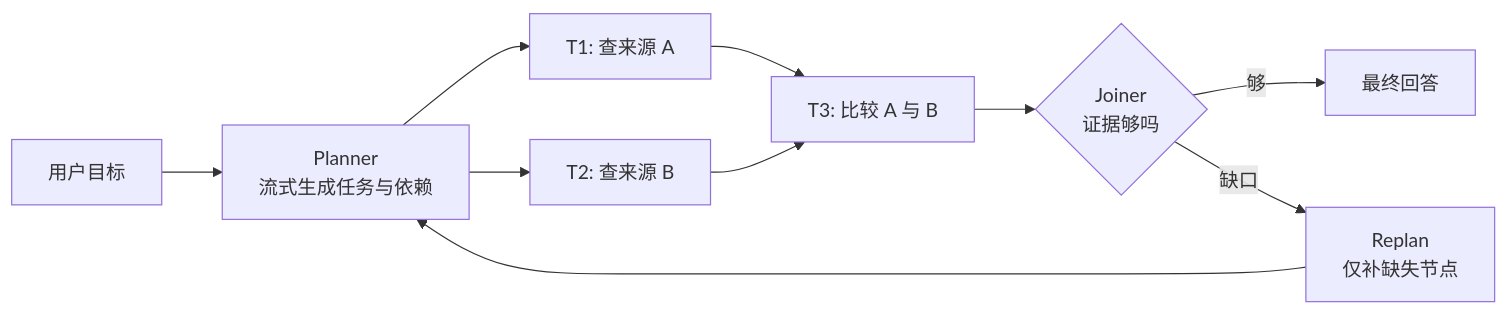
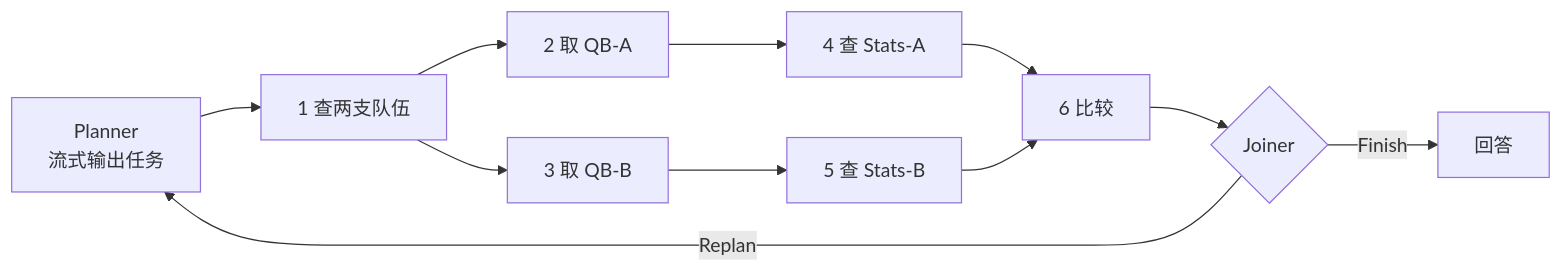
One commit to caiboyang/ML-learning changed the second of 4 diagrams in multi-agent-systems/Multi_Agent_Systems_Research.md. Above: the diagram before and after it, drawn with Mermaid. The commit also changed other lines of this file and 1 other file, not shown here.

Commit message:
docs: deepen planning architecture comparison

````diff
--- a/multi-agent-systems/Multi_Agent_Systems_Research.md
+++ b/multi-agent-systems/Multi_Agent_Systems_Research.md
@@ -298,12 +356,13 @@
 ```mermaid
 flowchart LR
-    U["用户目标"] --> P["Planner<br/>流式生成任务与依赖"]
-    P --> T1["T1: 查来源 A"]
-    P --> T2["T2: 查来源 B"]
-    T1 --> T3["T3: 比较 A 与 B"]
-    T2 --> T3
-    T3 --> J{"Joiner<br/>证据够吗"}
-    J -- "够" --> F["最终回答"]
-    J -- "缺口" --> RP["Replan<br/>仅补缺失节点"]
-    RP --> P
+    P["Planner<br/>流式输出任务"] --> T1["1 查两支队伍"]
+    T1 --> T2["2 取 QB-A"]
+    T1 --> T3["3 取 QB-B"]
+    T2 --> T4["4 查 Stats-A"]
+    T3 --> T5["5 查 Stats-B"]
+    T4 --> T6["6 比较"]
+    T5 --> T6
+    T6 --> J{"Joiner"}
+    J -- "Finish" --> F["回答"]
+    J -- "Replan" --> P
 ```
````
